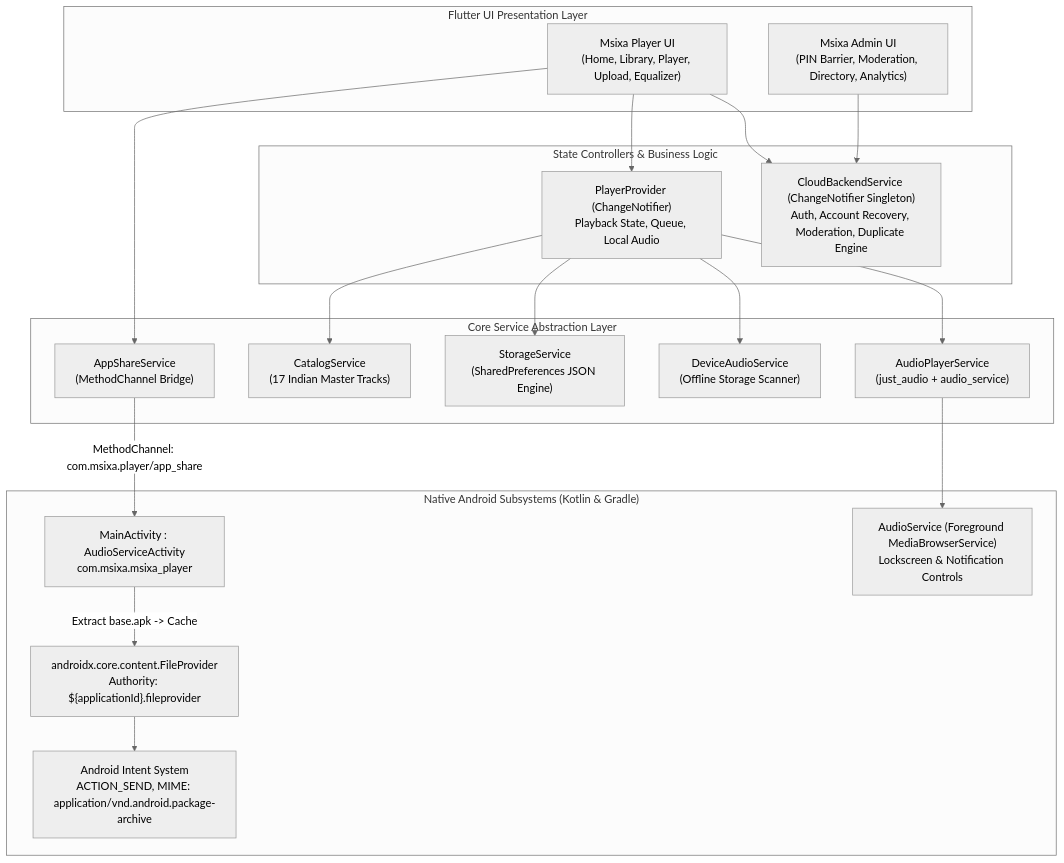
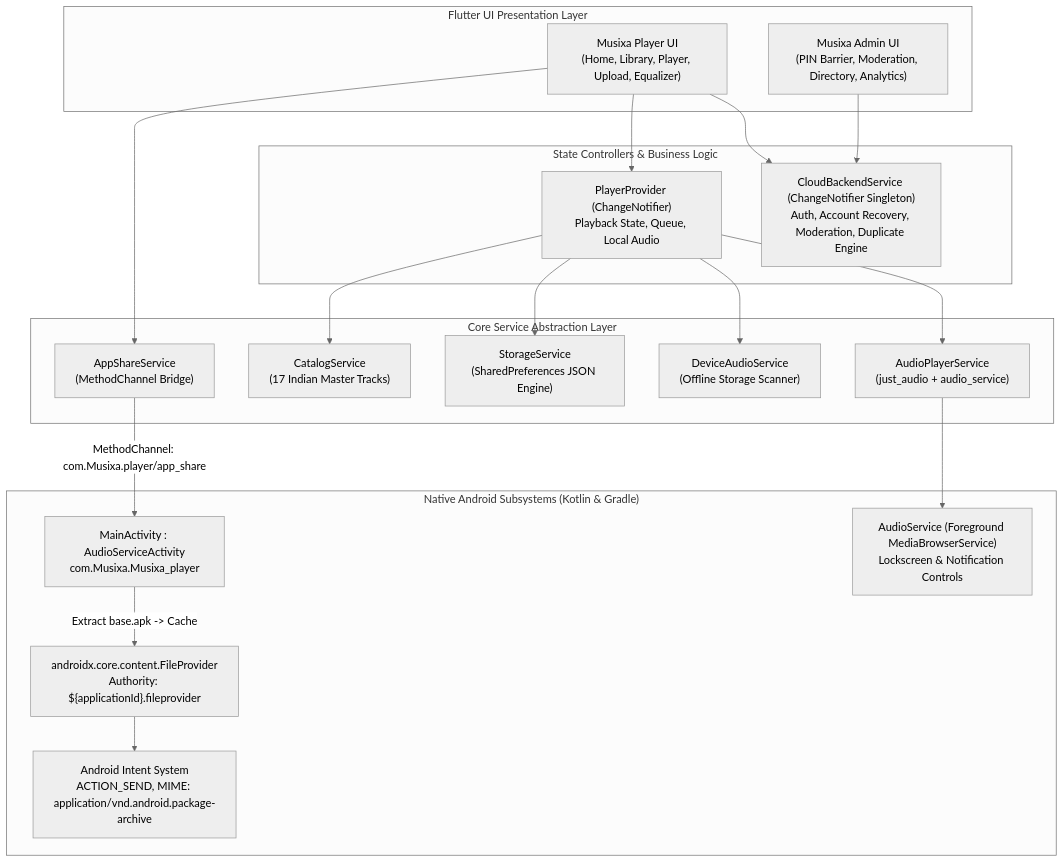
One commit to rajeshsainkdk-bot/Musixa-Admin changed the first of 3 diagrams in library/technical/TECHNICAL_ARCHITECTURE_THEORETICAL_SPEC.md. Above: the diagram before and after it, drawn with Mermaid (neutral theme). The commit also changed other lines of this file and 27 other files, not shown here.

Commit message:
feat: standalone Musixa Admin panel, v1.0.1+2, dedicated R2 bucket

````diff
--- a/library/technical/TECHNICAL_ARCHITECTURE_THEORETICAL_SPEC.md
+++ b/library/technical/TECHNICAL_ARCHITECTURE_THEORETICAL_SPEC.md
@@ -12,42 +12,42 @@
 ```mermaid
 graph TB
     subgraph "Flutter UI Presentation Layer"
-        UI_USER["Msixa Player UI<br/>(Home, Library, Player, Upload, Equalizer)"]
-        UI_ADMIN["Msixa Admin UI<br/>(PIN Barrier, Moderation, Directory, Analytics)"]
+        UI_USER["Musixa Player UI<br/>(Home, Library, Player, Upload, Equalizer)"]
+        UI_ADMIN["Musixa Admin UI<br/>(PIN Barrier, Moderation, Directory, Analytics)"]
     end
 
     subgraph "State Controllers & Business Logic"
         PP["PlayerProvider (ChangeNotifier)<br/>Playback State, Queue, Local Audio"]
         CBS["CloudBackendService (ChangeNotifier Singleton)<br/>Auth, Account Recovery, Moderation, Duplicate Engine"]
     end
 
     subgraph "Core Service Abstraction Layer"
         APS["AudioPlayerService<br/>(just_audio + audio_service)"]
         CS["CatalogService<br/>(17 Indian Master Tracks)"]
         SS["StorageService<br/>(SharedPreferences JSON Engine)"]
         DAS["DeviceAudioService<br/>(Offline Storage Scanner)"]
         ASS["AppShareService<br/>(MethodChannel Bridge)"]
     end
 
     subgraph "Native Android Subsystems (Kotlin & Gradle)"
-        ACT["MainActivity : AudioServiceActivity<br/>com.msixa.msixa_player"]
+        ACT["MainActivity : AudioServiceActivity<br/>com.Musixa.Musixa_player"]
         FP["androidx.core.content.FileProvider<br/>Authority: ${applicationId}.fileprovider"]
         INTENT["Android Intent System<br/>ACTION_SEND, MIME: application/vnd.android.package-archive"]
         MEDIA_SVC["AudioService (Foreground MediaBrowserService)<br/>Lockscreen & Notification Controls"]
     end
 
     UI_USER --> PP
     UI_USER --> CBS
     UI_ADMIN --> CBS
 
     PP --> APS
     PP --> CS
     PP --> SS
     PP --> DAS
     UI_USER --> ASS
 
-    ASS -->|MethodChannel: com.msixa.player/app_share| ACT
+    ASS -->|MethodChannel: com.Musixa.player/app_share| ACT
     ACT -->|Extract base.apk -> Cache| FP
     FP --> INTENT
     APS --> MEDIA_SVC
 ```
````
